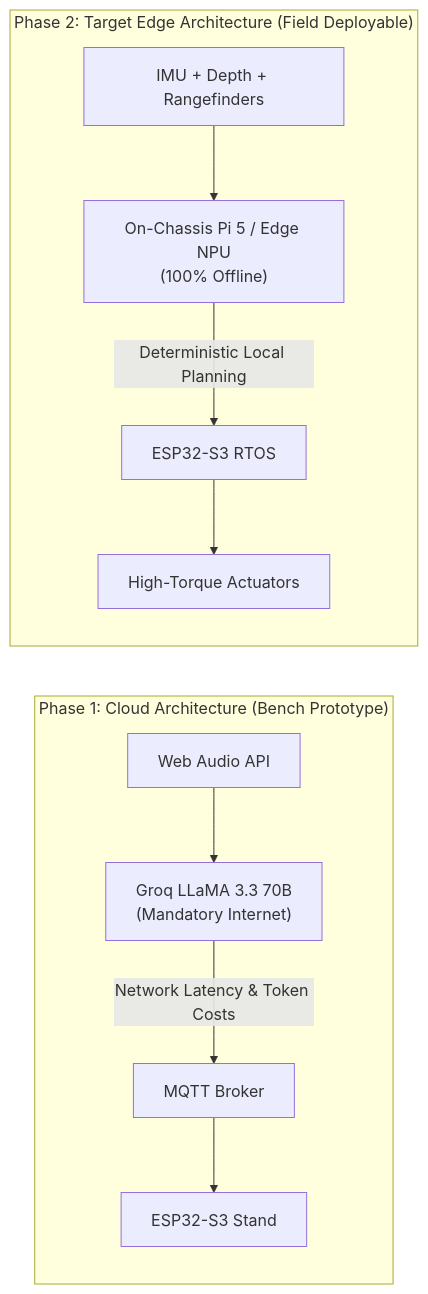
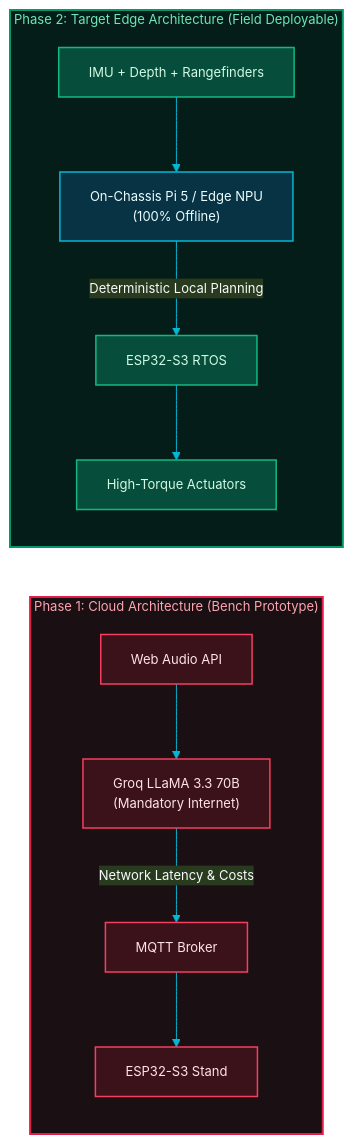
Before and after one commit to GrrGrrMan/spider-blog: the third of 4 diagrams in src/content/docs/00-mission-and-intentions.md, drawn with Mermaid. The commit also changed other lines of this file and 3 other files, not shown here.

Commit message:
fix diagram attempt .3

````diff
--- a/src/content/docs/00-mission-and-intentions.md
+++ b/src/content/docs/00-mission-and-intentions.md
@@ -86,14 +116,26 @@
 ```mermaid
+%%{init: {'theme': 'base', 'themeVariables': {'primaryColor': '#1e293b', 'primaryTextColor': '#f8fafc', 'primaryBorderColor': '#334155', 'lineColor': '#06b6d4', 'textColor': '#f8fafc', 'fontSize': '13px'}}}%%
 flowchart LR
     subgraph CloudBench ["Phase 1: Cloud Architecture (Bench Prototype)"]
         SPEECH["Web Audio API"] --> CLOUD_LLM["Groq LLaMA 3.3 70B<br/>(Mandatory Internet)"]
-        CLOUD_LLM -->|Network Latency & Token Costs| MQTT_C["MQTT Broker"]
+        CLOUD_LLM -->|Network Latency & Costs| MQTT_C["MQTT Broker"]
         MQTT_C --> ESP32_C["ESP32-S3 Stand"]
     end
 
     subgraph LocalEdge ["Phase 2: Target Edge Architecture (Field Deployable)"]
         SENSORS["IMU + Depth + Rangefinders"] --> SBC["On-Chassis Pi 5 / Edge NPU<br/>(100% Offline)"]
         SBC -->|Deterministic Local Planning| ESP32_E["ESP32-S3 RTOS"]
         ESP32_E --> SERVOS["High-Torque Actuators"]
     end
+
+    classDef cloudNode fill:#3b1219,stroke:#f43f5e,stroke-width:1.5px,color:#ffe4e6;
+    classDef edgeNode fill:#064e3b,stroke:#10b981,stroke-width:1.5px,color:#d1fae5;
+    classDef edgeCore fill:#083344,stroke:#06b6d4,stroke-width:1.5px,color:#ecfeff;
+
+    class SPEECH,CLOUD_LLM,MQTT_C,ESP32_C cloudNode;
+    class SENSORS,ESP32_E,SERVOS edgeNode;
+    class SBC edgeCore;
+
+    style CloudBench fill:#1a0f13,stroke:#e11d48,stroke-width:2px,color:#fda4af
+    style LocalEdge fill:#051d18,stroke:#059669,stroke-width:2px,color:#6ee7b7
 ```
````
